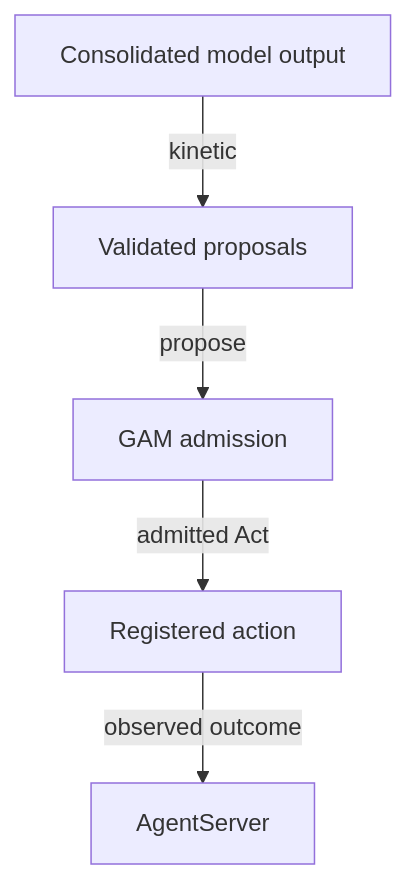
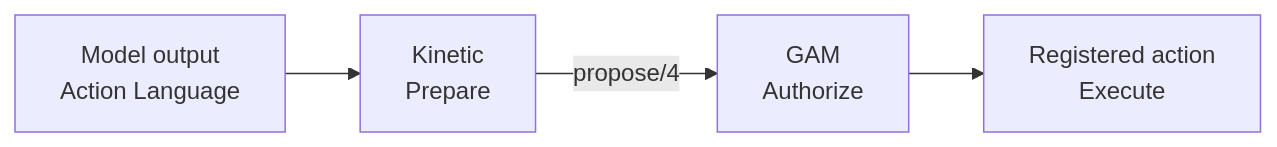
Before and after one commit to elchemista/spectre_kinetic: the diagram in docs/assets/readme-architecture.mmd, drawn with Mermaid. The commit also changed 4 other files, not shown here.

Commit message:
Clarify Kinetic action modes and simplify the diagram

```diff
--- a/docs/assets/readme-architecture.mmd
+++ b/docs/assets/readme-architecture.mmd
@@ -1,5 +1,4 @@
-flowchart TB
-  M["Consolidated model output"] -->|"kinetic"| P["Validated proposals"]
-  P -->|"propose"| G["GAM admission"]
-  G -->|"admitted Act"| A["Registered action"]
-  A -->|"observed outcome"| S["AgentServer"]
+flowchart LR
+  M["Model output<br/>Action Language"] --> K["Kinetic<br/>Prepare"]
+  K -->|"propose/4"| G["GAM<br/>Authorize"]
+  G --> A["Registered action<br/>Execute"]
```
